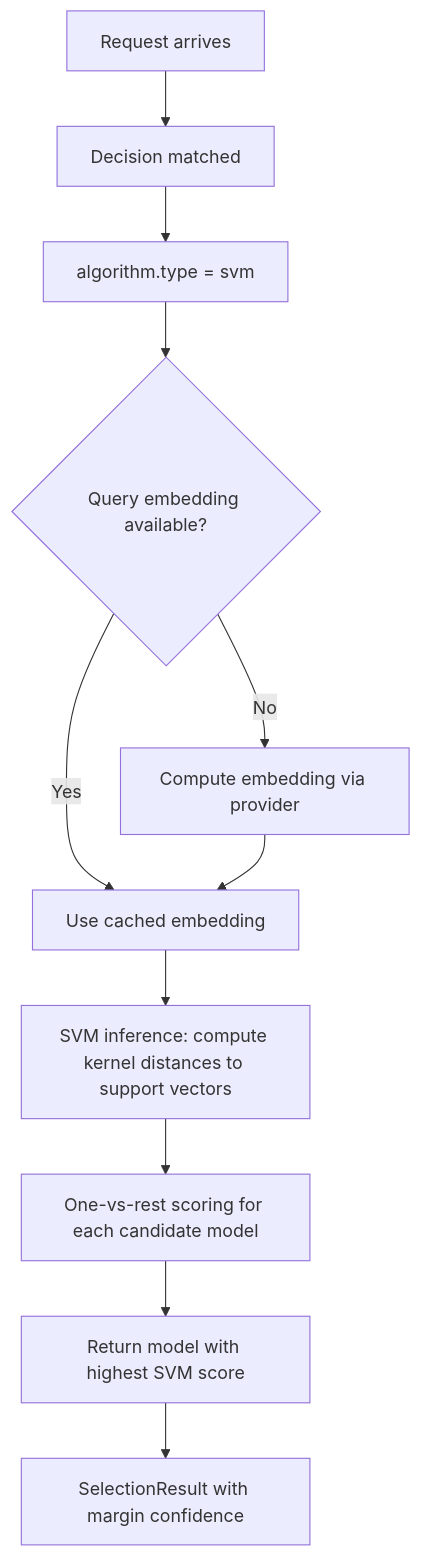
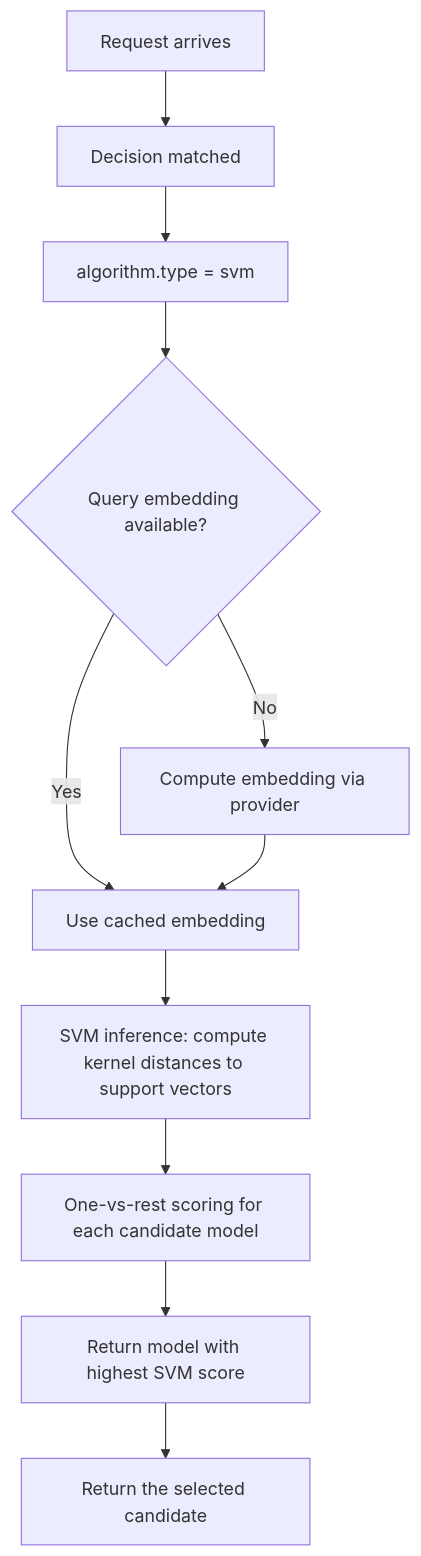
The diagram in website/docs/tutorials/algorithm/selection/svm.md (vllm-project/semantic-router), drawn with Mermaid before and after one commit. The commit also changed other lines of this file and 1110 other files, not shown here.

````diff
--- a/website/docs/tutorials/algorithm/selection/svm.md
+++ b/website/docs/tutorials/algorithm/selection/svm.md
@@ -40,13 +38,13 @@
 ```mermaid
 flowchart TD
     A[Request arrives] --> B[Decision matched]
     B --> C[algorithm.type = svm]
     C --> D{Query embedding available?}
     D -- Yes --> E[Use cached embedding]
     D -- No --> F[Compute embedding via provider]
     F --> E
     E --> G[SVM inference: compute kernel distances to support vectors]
     G --> H[One-vs-rest scoring for each candidate model]
     H --> I[Return model with highest SVM score]
-    I --> J[SelectionResult with margin confidence]
+    I --> J[Return the selected candidate]
 ```
````
